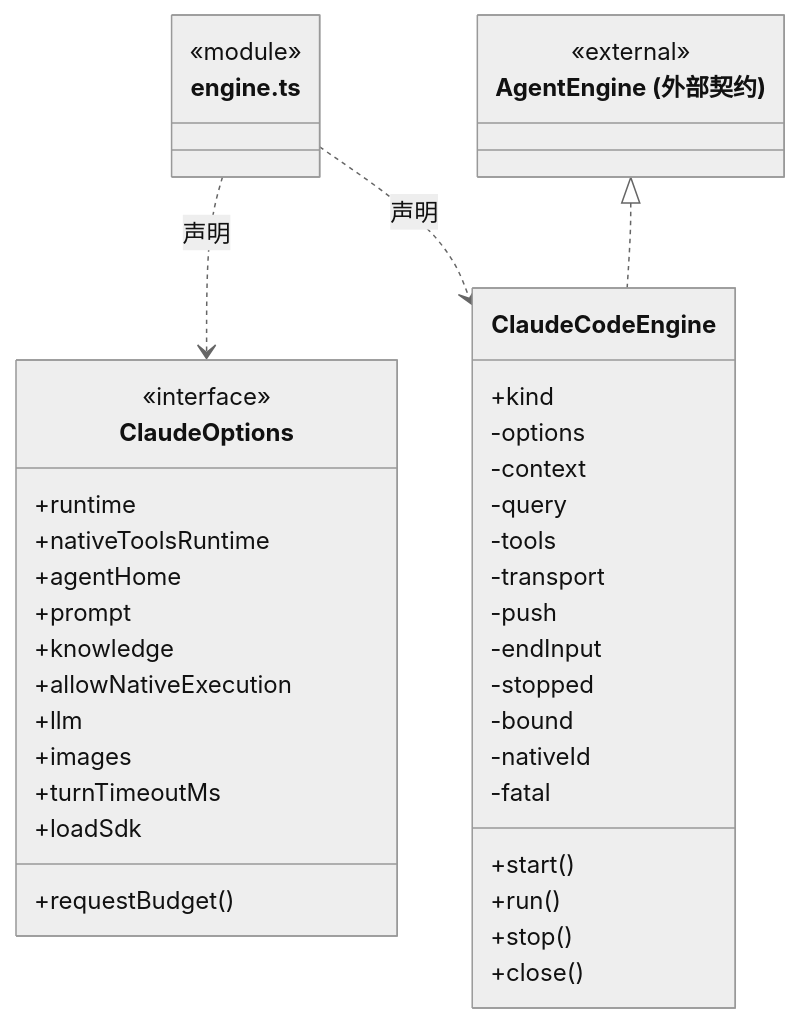
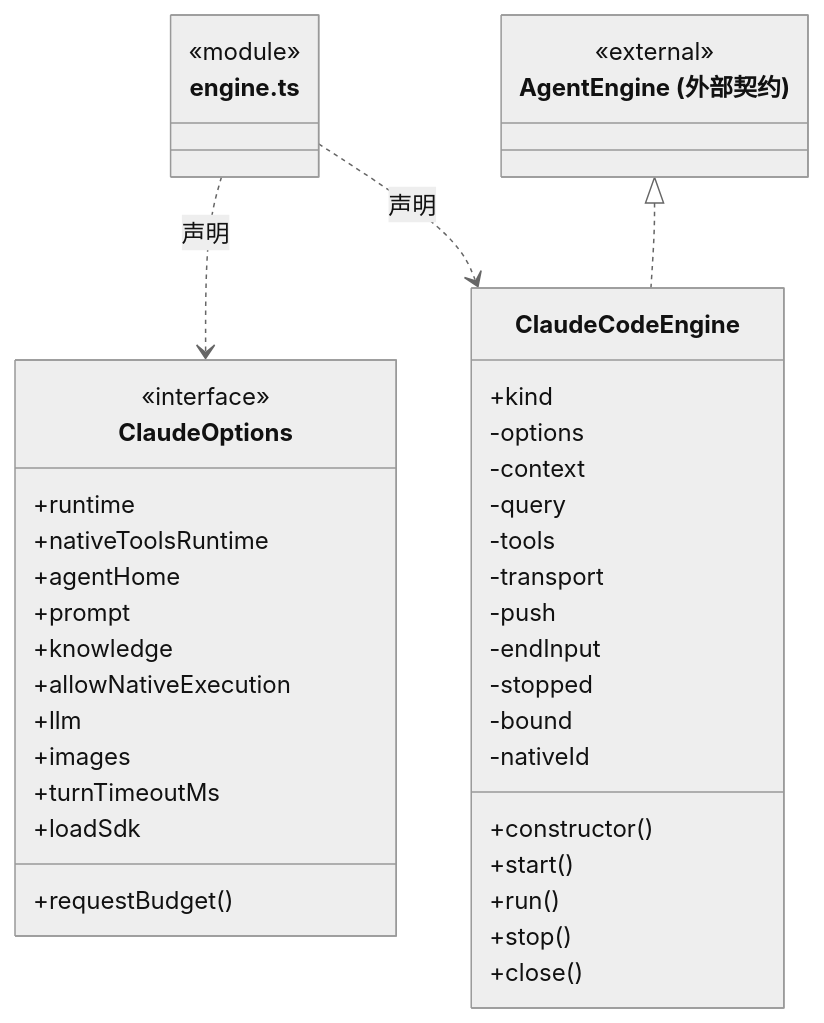
Before and after one commit to nan023062/cbim: the second of 7 diagrams in src/logic/execution/engines/claude/ARCHITECTURE.md, drawn with Mermaid (neutral theme). The commit also changed other lines of this file and 139 other files, not shown here.

Commit message:
docs(architecture): add source reading paths and complete file inventories

````diff
--- a/src/logic/execution/engines/claude/ARCHITECTURE.md
+++ b/src/logic/execution/engines/claude/ARCHITECTURE.md
@@ -32,44 +36,44 @@
 ```mermaid
 classDiagram
 class N_src_logic_execution_engines_claude_engine_ts["engine.ts"] {
   <<module>>
 }
 class N_src_logic_execution_engines_claude_engine_ts_ClaudeOptions["ClaudeOptions"] {
   <<interface>>
   +runtime
   +nativeToolsRuntime
   +agentHome
   +prompt
   +knowledge
   +allowNativeExecution
   +llm
   +images
   +turnTimeoutMs
   +requestBudget()
   +loadSdk
 }
 N_src_logic_execution_engines_claude_engine_ts ..> N_src_logic_execution_engines_claude_engine_ts_ClaudeOptions : 声明
 class N_src_logic_execution_engines_claude_engine_ts_ClaudeCodeEngine["ClaudeCodeEngine"] {
   +kind
+  +constructor()
   +start()
   +run()
   +stop()
   +close()
   -options
   -context
   -query
   -tools
   -transport
   -push
   -endInput
   -stopped
   -bound
   -nativeId
-  -fatal
 }
 N_src_logic_execution_engines_claude_engine_ts ..> N_src_logic_execution_engines_claude_engine_ts_ClaudeCodeEngine : 声明
 class N_src_logic_execution_engines_claude_engine_ts_external_AgentEngine["AgentEngine (外部契约)"] {
   <<external>>
 }
 N_src_logic_execution_engines_claude_engine_ts_external_AgentEngine <|.. N_src_logic_execution_engines_claude_engine_ts_ClaudeCodeEngine
 ```
````
